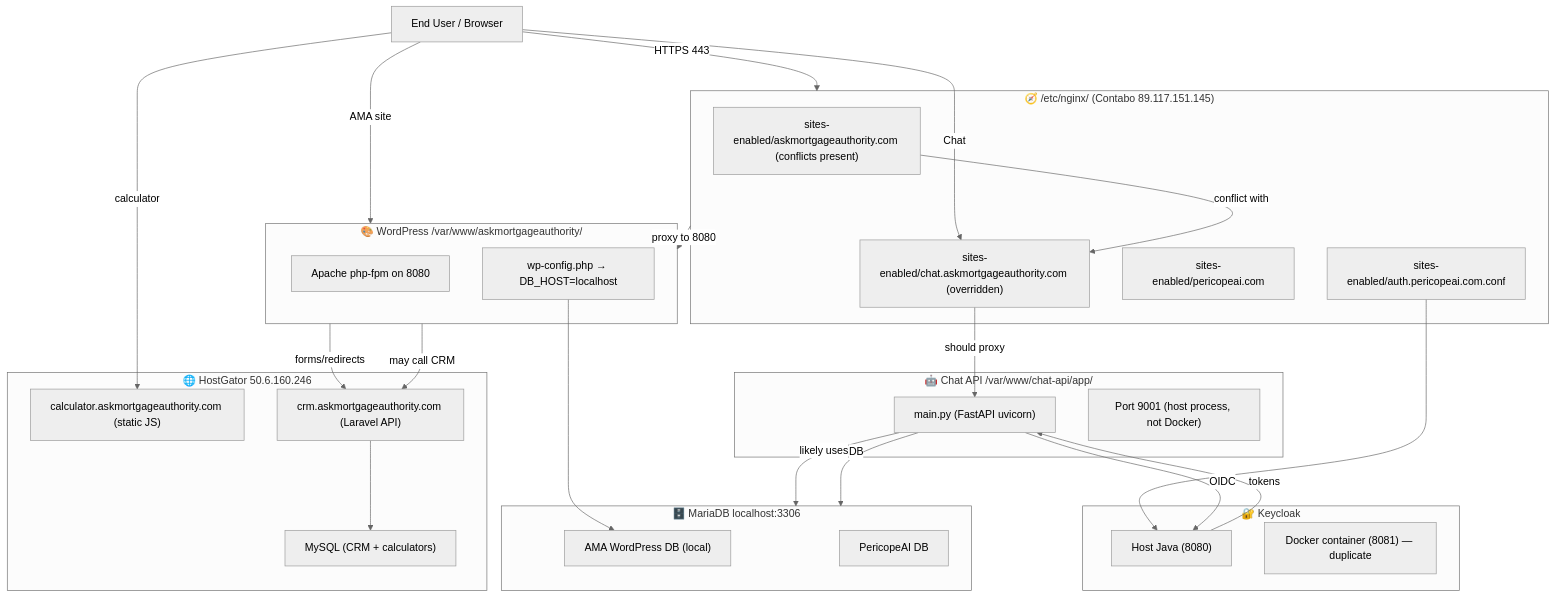
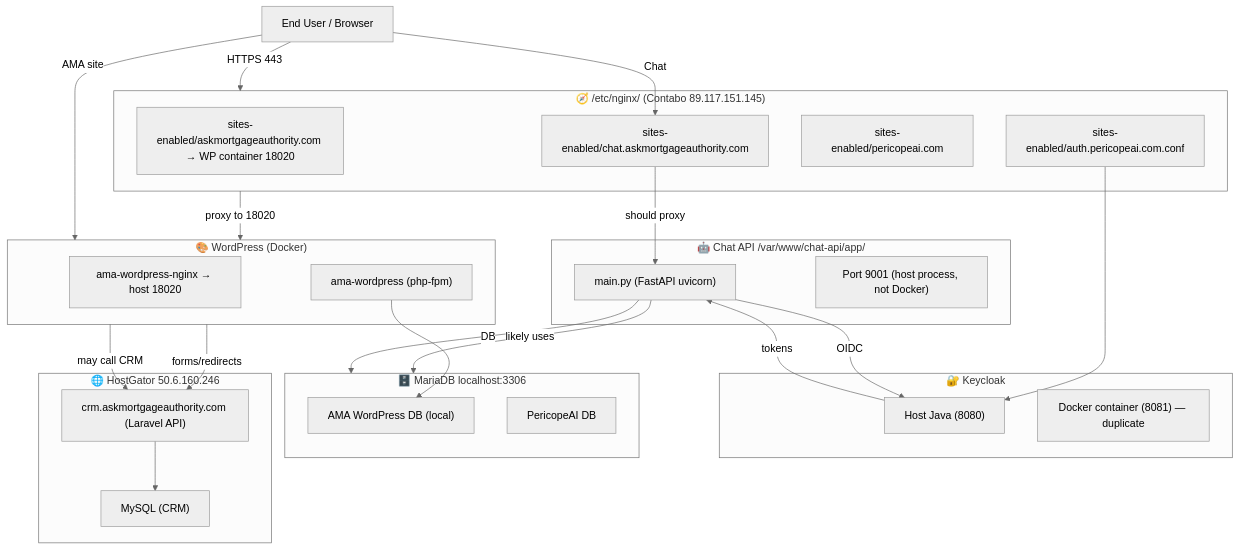
Before and after one commit to benlagrone/fortress-phronesis: the diagram in docs/askmortgageauthority-structure-deployment.mmd, drawn with Mermaid (neutral theme). The commit also changed 5 other files, not shown here.

```diff
--- a/docs/askmortgageauthority-structure-deployment.mmd
+++ b/docs/askmortgageauthority-structure-deployment.mmd
@@ -1,71 +1,68 @@
 graph TD
 
 U1["End User / Browser"]
 U1 -->|HTTPS 443| P1
 
 %% ─── NGINX FRONT (CONTABO) ──────────────────
 subgraph P1["🧭 /etc/nginx/ (Contabo 89.117.151.145)"]
-  P1a["sites-enabled/askmortgageauthority.com (conflicts present)"]
-  P1b["sites-enabled/chat.askmortgageauthority.com (overridden)"]
+  P1a["sites-enabled/askmortgageauthority.com → WP container 18020"]
+  P1b["sites-enabled/chat.askmortgageauthority.com"]
   P1c["sites-enabled/pericopeai.com"]
   P1d["sites-enabled/auth.pericopeai.com.conf"]
 end
 
-%% ─── WORDPRESS (CONTABO) ────────────────────
-subgraph F1["🎨 WordPress /var/www/askmortgageauthority/"]
-  F1a["Apache php-fpm on 8080"]
-  F1b["wp-config.php → DB_HOST=localhost"]
+%% ─── WORDPRESS (CONTAINERS) ─────────────────
+subgraph F1["🎨 WordPress (Docker)"]
+  F1a["ama-wordpress-nginx → host 18020"]
+  F1b["ama-wordpress (php-fpm)"]
 end
 
-P1 -->|proxy to 8080| F1
+P1 -->|proxy to 18020| F1
 
 %% ─── CHAT API (CONTABO) ─────────────────────
 subgraph P2["🤖 Chat API /var/www/chat-api/app/"]
   P2a["main.py (FastAPI uvicorn)"]
   P2b["Port 9001 (host process, not Docker)"]
 end
 
 P1b -->|should proxy| P2a
 
 %% ─── AUTH (CONTABO) ─────────────────────────
 subgraph A1["🔐 Keycloak"]
   A1a["Host Java (8080)"]
   A1b["Docker container (8081) — duplicate"]
 end
 
 P1d --> A1a
 P2a -->|OIDC| A1a
 
 %% ─── DATABASE (CONTABO) ─────────────────────
 subgraph D1["🗄️ MariaDB localhost:3306"]
   D1a["AMA WordPress DB (local)"]
   D1b["PericopeAI DB"]
 end
 
 F1b --> D1a
 P2a -->|likely uses| D1
 
 %% ─── HOSTGATOR EXTERNALS ────────────────────
 subgraph H1["🌐 HostGator 50.6.160.246"]
-  H1a["calculator.askmortgageauthority.com (static JS)"]
   H1b["crm.askmortgageauthority.com (Laravel API)"]
-  H1c["MySQL (CRM + calculators)"]
+  H1c["MySQL (CRM)"]
 end
 
-U1 -->|calculator| H1a
 F1 -->|forms/redirects| H1b
 H1b --> H1c
 
 %% ─── FLOW SUMMARY ───────────────────────────
 U1 -->|AMA site| F1
 U1 -->|Chat| P1b
-P1a -->|conflict with| P1b
 F1 -->|may call CRM| H1b
 P2a -->|DB| D1
 A1a -->|tokens| P2a
 
 %% ─── NOTES ──────────────────────────────────
-%% - WordPress and Chat API run on Contabo; Apache 8080, FastAPI 9001.
-%% - Nginx vhost conflicts cause /chat to hit WordPress 404.
+%% - WordPress runs in Docker (nginx 18020); chat API on host 9001.
+%% - Chat vhost conflicts should be cleaned separately.
 %% - Two Keycloaks exist (8080 host, 8081 Docker); pick one to keep.
-%% - HostGator still serves calculators + CRM + MySQL; AMA WP no longer uses HostGator DB.
+%% - HostGator serves CRM only; calculators moved to Contabo container on 18010.
```
